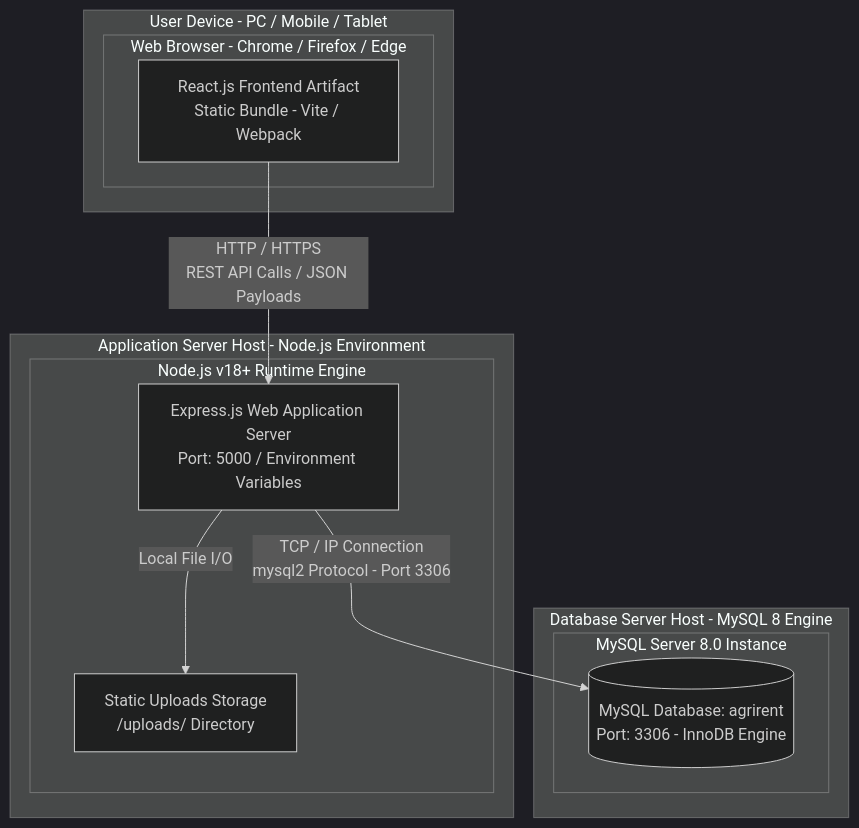
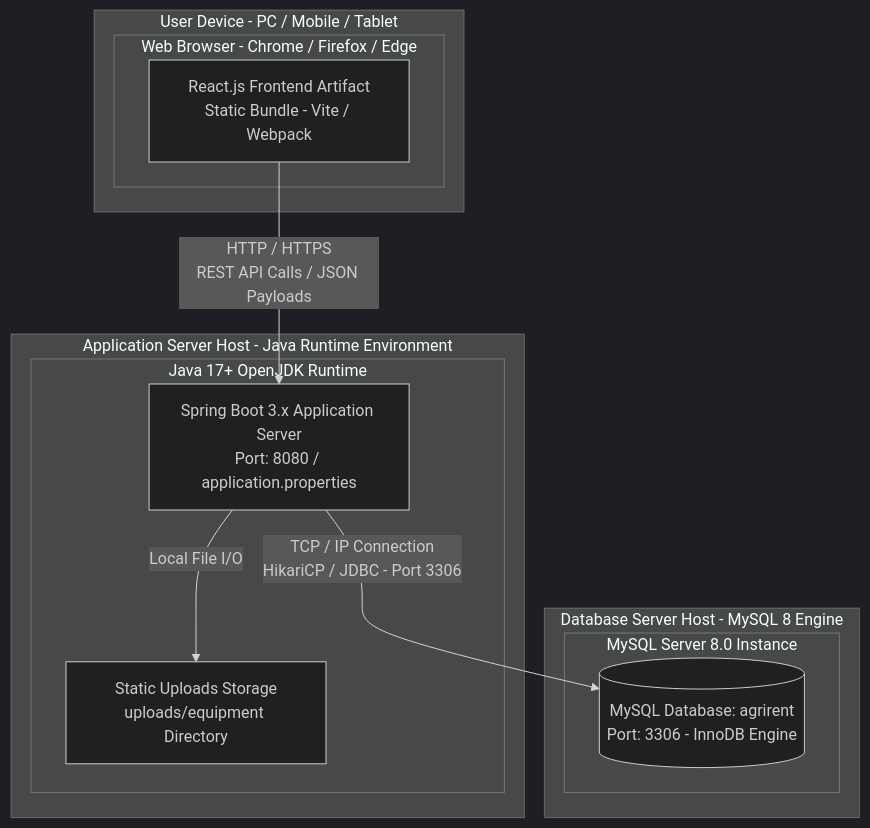
One commit to smsanjay991-cell/Agricultural-Equipment-Rental-Marketplace changed the diagram in docs/diagrams/deployment-diagram.md. Above: the diagram before and after it, drawn with Mermaid (dark theme). The commit also changed other lines of this file and 278 other files, not shown here.

Commit message:
Update AgriRent frontend and migrate backend

````diff
--- a/docs/diagrams/deployment-diagram.md
+++ b/docs/diagrams/deployment-diagram.md
@@ -11,26 +11,26 @@
 ```mermaid
 graph TD
     subgraph ClientNode [User Device - PC / Mobile / Tablet]
         subgraph BrowserEnv [Web Browser - Chrome / Firefox / Edge]
             ReactApp[React.js Frontend Artifact<br/>Static Bundle - Vite / Webpack]
         end
     end
 
-    subgraph ServerNode [Application Server Host - Node.js Environment]
-        subgraph NodeRuntime [Node.js v18+ Runtime Engine]
-            ExpressServer[Express.js Web Application Server<br/>Port: 5000 / Environment Variables]
-            UploadStorage[Static Uploads Storage<br/>/uploads/ Directory]
+    subgraph ServerNode [Application Server Host - Java Runtime Environment]
+        subgraph JavaRuntime [Java 17+ OpenJDK Runtime]
+            SpringBootServer[Spring Boot 3.x Application Server<br/>Port: 8080 / application.properties]
+            UploadStorage[Static Uploads Storage<br/>uploads/equipment Directory]
         end
     end
 
     subgraph DBNode [Database Server Host - MySQL 8 Engine]
         subgraph DBRuntime [MySQL Server 8.0 Instance]
             AgriRentDB[(MySQL Database: agrirent<br/>Port: 3306 - InnoDB Engine)]
         end
     end
 
     %% Network Connections
-    ReactApp -->|HTTP / HTTPS<br/>REST API Calls / JSON Payloads| ExpressServer
-    ExpressServer -->|Local File I/O| UploadStorage
-    ExpressServer -->|TCP / IP Connection<br/>mysql2 Protocol - Port 3306| AgriRentDB
+    ReactApp -->|HTTP / HTTPS<br/>REST API Calls / JSON Payloads| SpringBootServer
+    SpringBootServer -->|Local File I/O| UploadStorage
+    SpringBootServer -->|TCP / IP Connection<br/>HikariCP / JDBC - Port 3306| AgriRentDB
 ```
````
